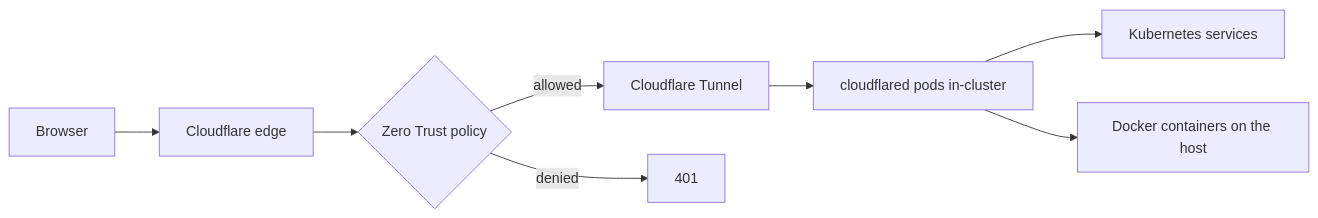
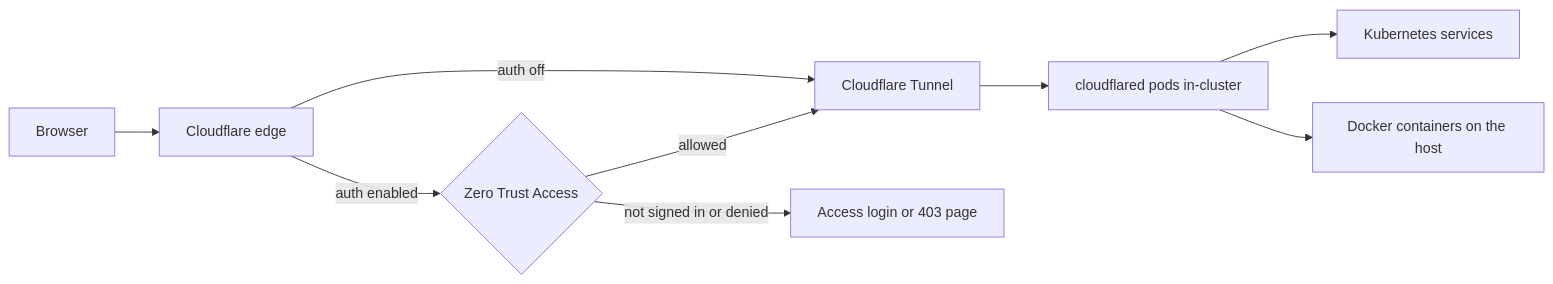
One commit to rainforest-dev/rainforest-homelab changed the diagram in README.md. Above: the diagram before and after it, drawn with Mermaid. The commit also changed other lines of this file, not shown here.

First line of the commit message:
docs: draw the auth-off path and the real Access responses

````diff
--- a/README.md
+++ b/README.md
@@ -19,10 +19,11 @@
 ```mermaid
 flowchart LR
   U[Browser] --> CF[Cloudflare edge]
-  CF --> ZT{Zero Trust policy}
+  CF -- auth enabled --> ZT{Zero Trust Access}
+  CF -- auth off --> T
   ZT -- allowed --> T[Cloudflare Tunnel]
-  ZT -- denied --> X[401]
+  ZT -- not signed in or denied --> X[Access login or 403 page]
   T --> CD[cloudflared pods in-cluster]
   CD --> K[Kubernetes services]
   CD --> D[Docker containers on the host]
 ```
````
